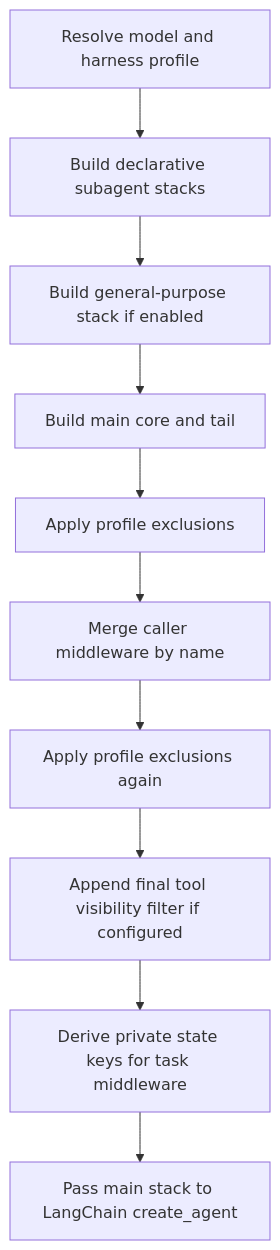
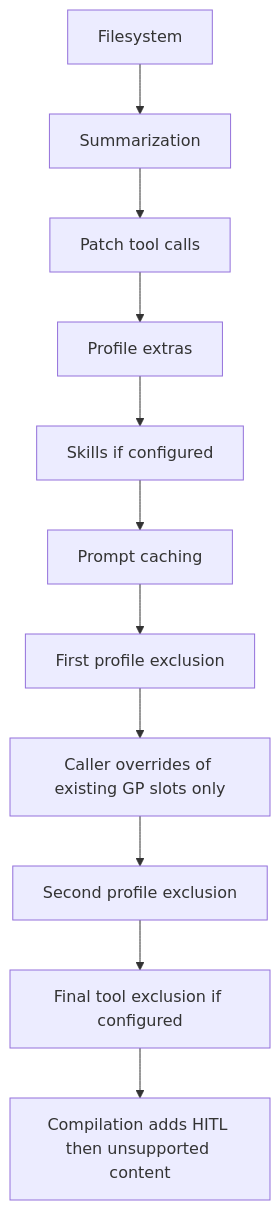
One commit to langchain-ai/deepagents changed the second of 2 diagrams in openwiki/architecture/middleware-stack.md. Above: the diagram before and after it, drawn with Mermaid. The commit also changed other lines of this file and 47 other files, not shown here.

````diff
--- a/openwiki/architecture/middleware-stack.md
+++ b/openwiki/architecture/middleware-stack.md
@@ -39,12 +94,13 @@
 ```mermaid
 flowchart TD
-    Resolve["Resolve model and harness profile"] --> BuildSpecs["Build declarative subagent stacks"]
-    BuildSpecs --> BuildGP["Build general-purpose stack if enabled"]
-    BuildGP --> BuildMain["Build main core and tail"]
-    BuildMain --> FirstFilter["Apply profile exclusions"]
-    FirstFilter --> Merge["Merge caller middleware by name"]
-    Merge --> SecondFilter["Apply profile exclusions again"]
-    SecondFilter --> ToolFilter["Append final tool visibility filter if configured"]
-    ToolFilter --> State["Derive private state keys for task middleware"]
-    State --> Runtime["Pass main stack to LangChain create_agent"]
+    G1["Filesystem"] --> G2["Summarization"]
+    G2 --> G3["Patch tool calls"]
+    G3 --> G4["Profile extras"]
+    G4 --> G5["Skills if configured"]
+    G5 --> G6["Prompt caching"]
+    G6 --> G7["First profile exclusion"]
+    G7 --> G8["Caller overrides of existing GP slots only"]
+    G8 --> G9["Second profile exclusion"]
+    G9 --> G10["Final tool exclusion if configured"]
+    G10 --> G11["Compilation adds HITL then unsupported content"]
 ```
````
